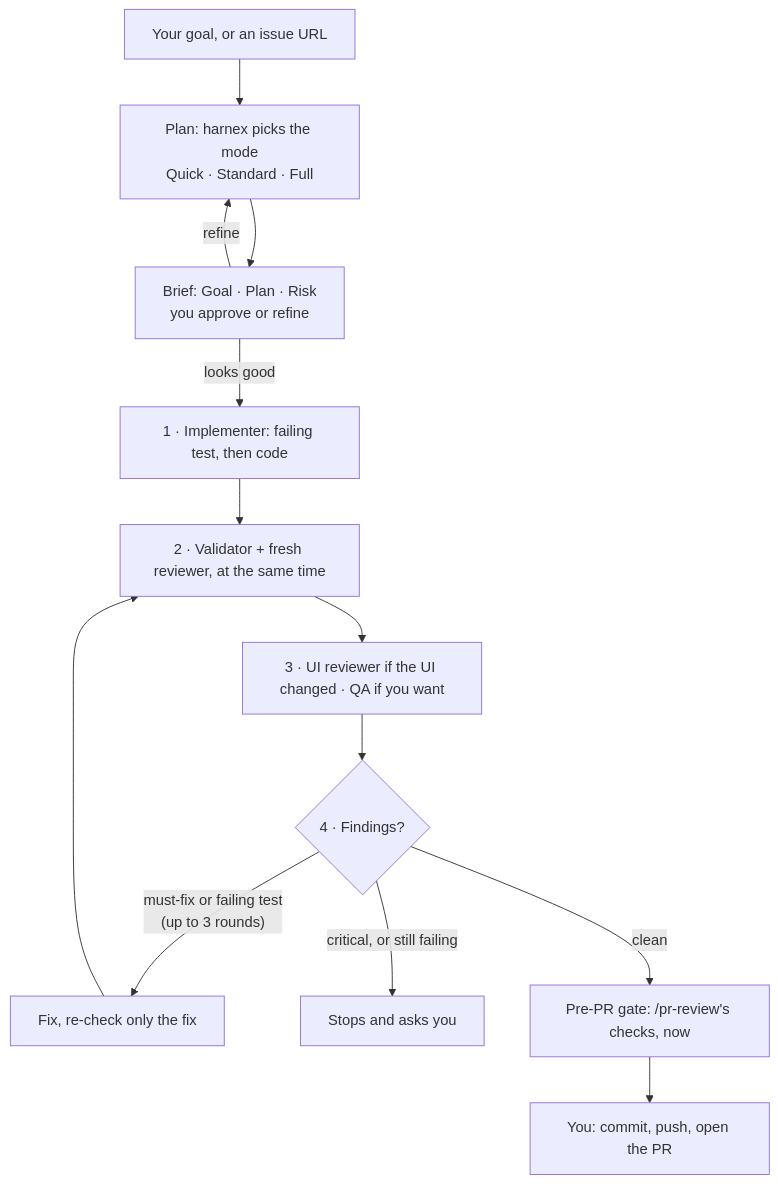
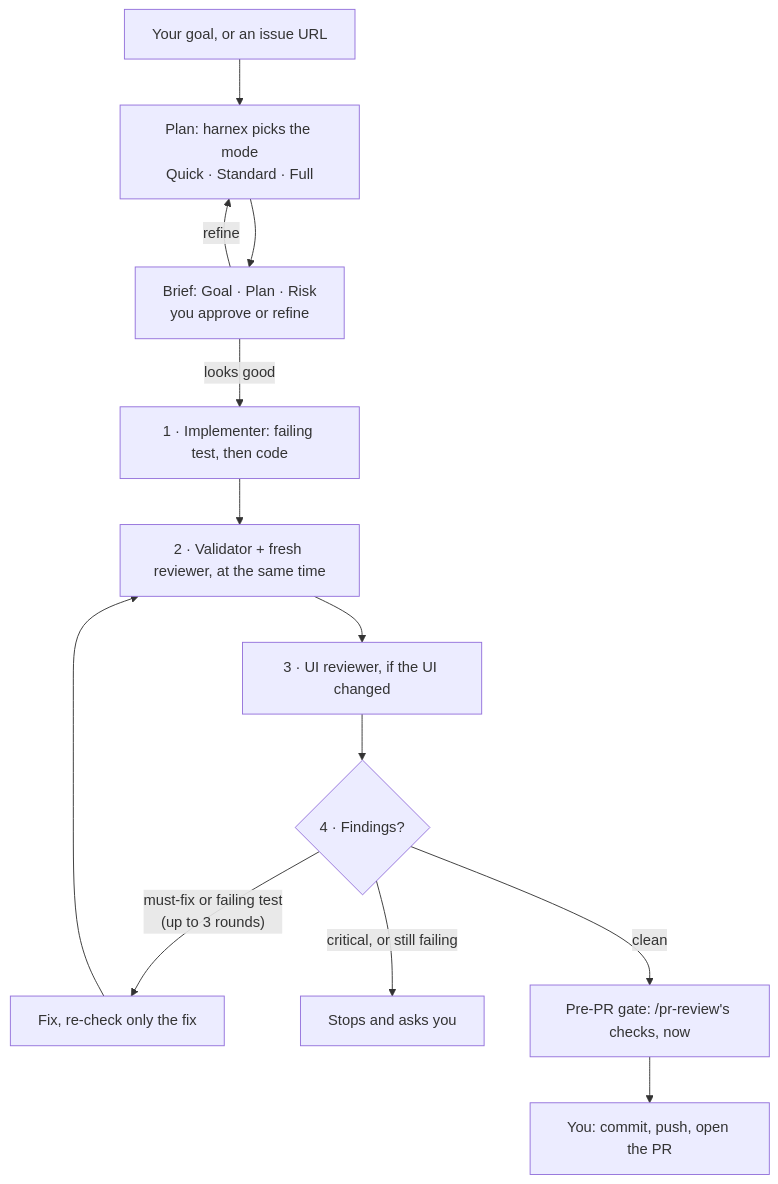
One commit to tankibaj/harnex changed the diagram in README.md. Above: the diagram before and after it, drawn with Mermaid. The commit also changed other lines of this file and 7 other files, not shown here.

````diff
--- a/README.md
+++ b/README.md
@@ -64,13 +64,13 @@
 ```mermaid
 flowchart TD
   ask["Your goal, or an issue URL"] --> plan["Plan: harnex picks the mode<br/>Quick · Standard · Full"]
   plan --> brief["Brief: Goal · Plan · Risk<br/>you approve or refine"]
   brief -- "refine" --> plan
   brief -- "looks good" --> build["1 · Implementer: failing test, then code"]
   build --> check["2 · Validator + fresh reviewer, at the same time"]
-  check --> ui["3 · UI reviewer if the UI changed · QA if you want"]
+  check --> ui["3 · UI reviewer, if the UI changed"]
   ui --> found{"4 · Findings?"}
   found -- "must-fix or failing test<br/>(up to 3 rounds)" --> fix["Fix, re-check only the fix"] --> check
   found -- "critical, or still failing" --> you["Stops and asks you"]
   found -- "clean" --> gate["Pre-PR gate: /pr-review's checks, now"] --> ship["You: commit, push, open the PR"]
 ```
````
